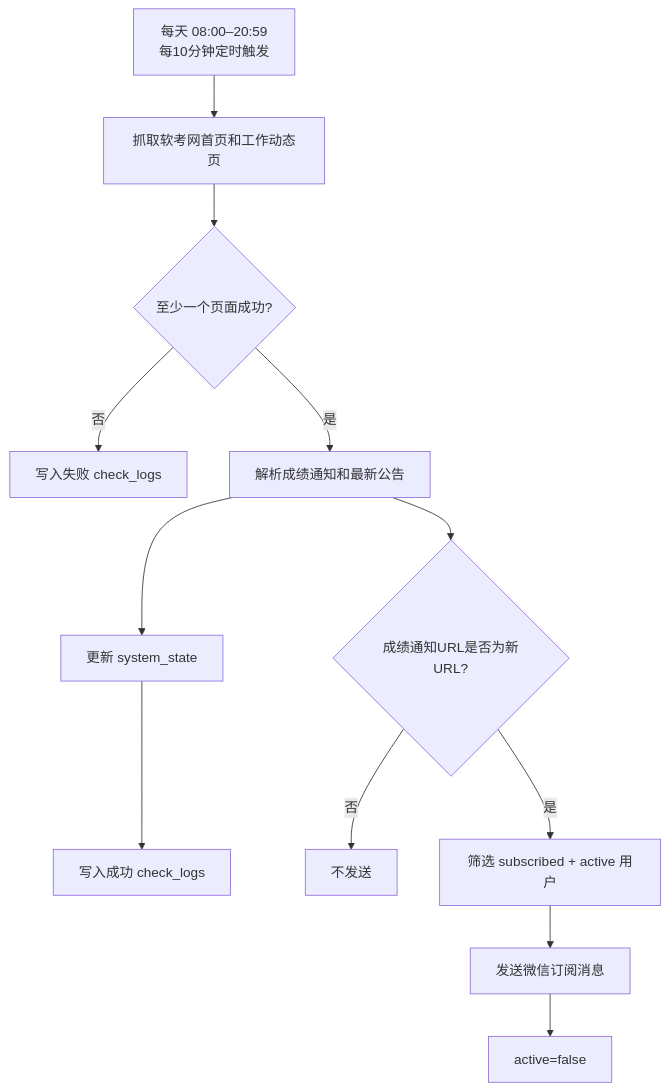
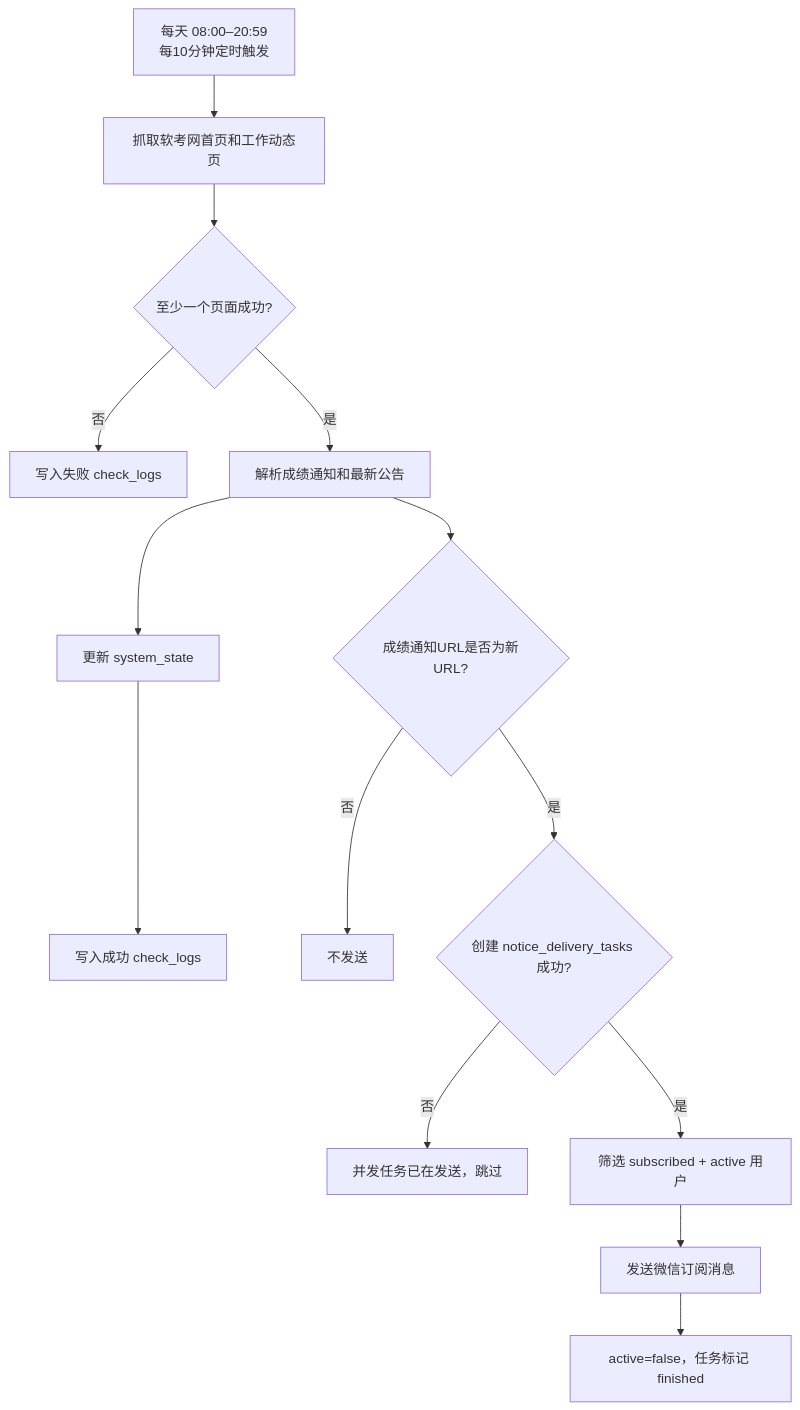
The fourth of 5 diagrams in doc.md (Sillywa/ruankao), drawn with Mermaid before and after one commit. The commit also changed other lines of this file and 2 other files, not shown here.

````diff
--- a/doc.md
+++ b/doc.md
@@ -202,14 +227,16 @@
 ```mermaid
 flowchart TD
     A["每天 08:00–20:59\n每10分钟定时触发"] --> B["抓取软考网首页和工作动态页"]
     B --> C{"至少一个页面成功?"}
     C -- 否 --> D["写入失败 check_logs"]
     C -- 是 --> E["解析成绩通知和最新公告"]
     E --> F["更新 system_state"]
     F --> G["写入成功 check_logs"]
     E --> H{"成绩通知URL是否为新URL?"}
     H -- 否 --> I["不发送"]
-    H -- 是 --> J["筛选 subscribed + active 用户"]
-    J --> K["发送微信订阅消息"]
-    K --> L["active=false"]
+    H -- 是 --> J{"创建 notice_delivery_tasks 成功?"}
+    J -- 否 --> M["并发任务已在发送，跳过"]
+    J -- 是 --> K["筛选 subscribed + active 用户"]
+    K --> L["发送微信订阅消息"]
+    L --> N["active=false，任务标记 finished"]
 ```
````
